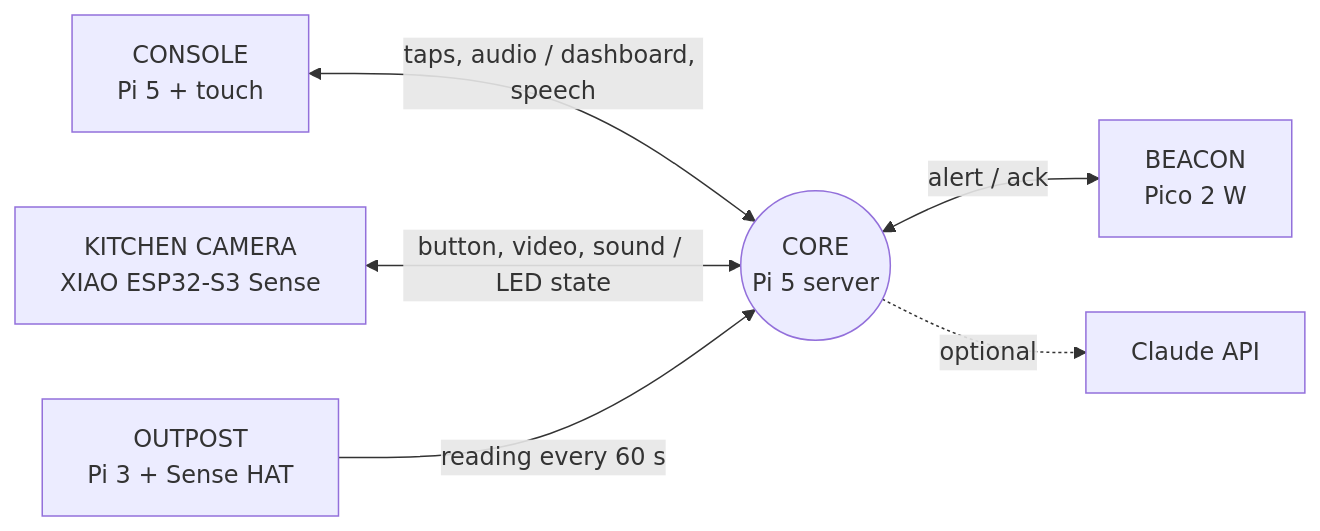
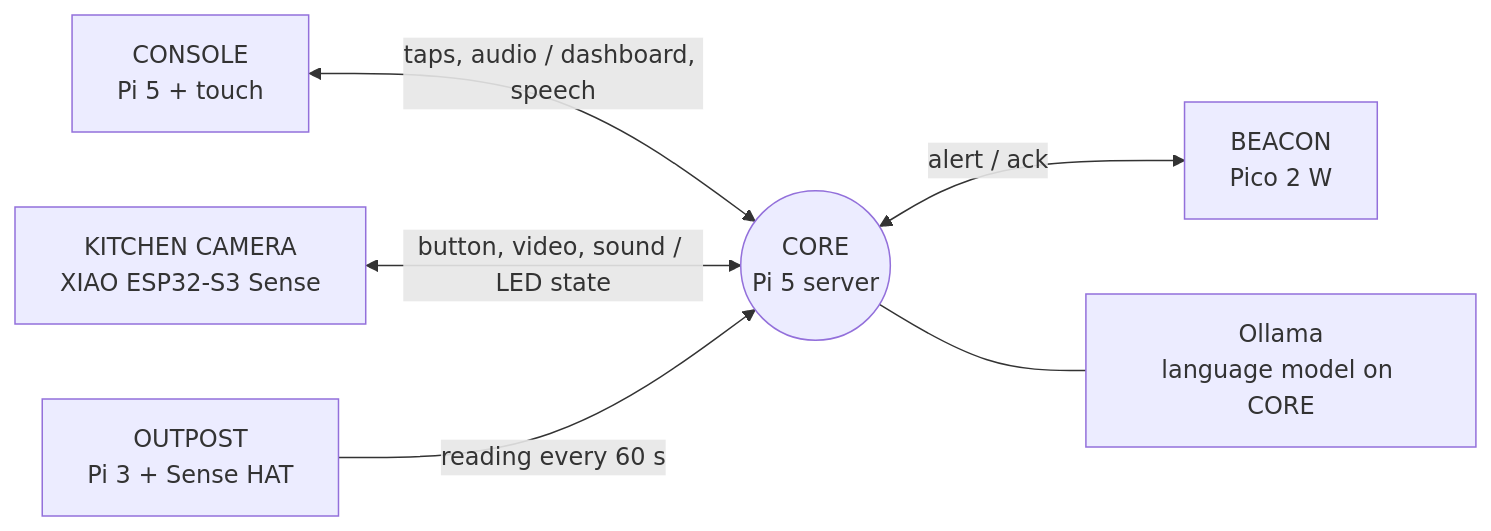
The diagram in jarvis/README.md (willjrochester3333-cpu/RANDOM-PROJECTS), drawn with Mermaid before and after one commit. The commit also changed 16 other files, not shown here.

First line of the commit message:
Jarvis: back to the local model only, and faster Ollama answers

````diff
--- a/jarvis/README.md
+++ b/jarvis/README.md
@@ -19,9 +19,9 @@
 ```mermaid
 flowchart LR
     CONSOLE[CONSOLE<br/>Pi 5 + touch] <-->|taps, audio / dashboard, speech| CORE
     BELL[KITCHEN CAMERA<br/>XIAO ESP32-S3 Sense] <-->|button, video, sound / LED state| CORE
     CORE((CORE<br/>Pi 5 server))
     OUTPOST[OUTPOST<br/>Pi 3 + Sense HAT] -->|reading every 60 s| CORE
     CORE <-->|alert / ack| BEACON[BEACON<br/>Pico 2 W]
-    CORE -.->|optional| LLM[Claude API]
+    CORE --- LLM[Ollama<br/>language model on CORE]
 ```
````
